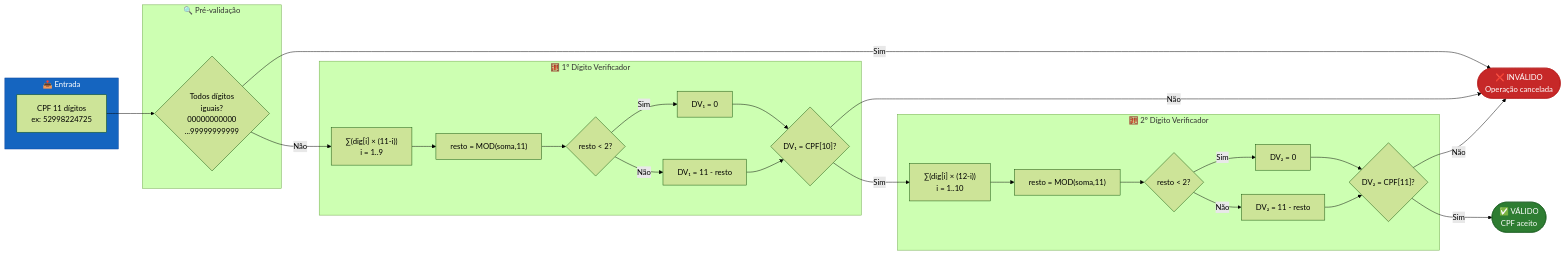
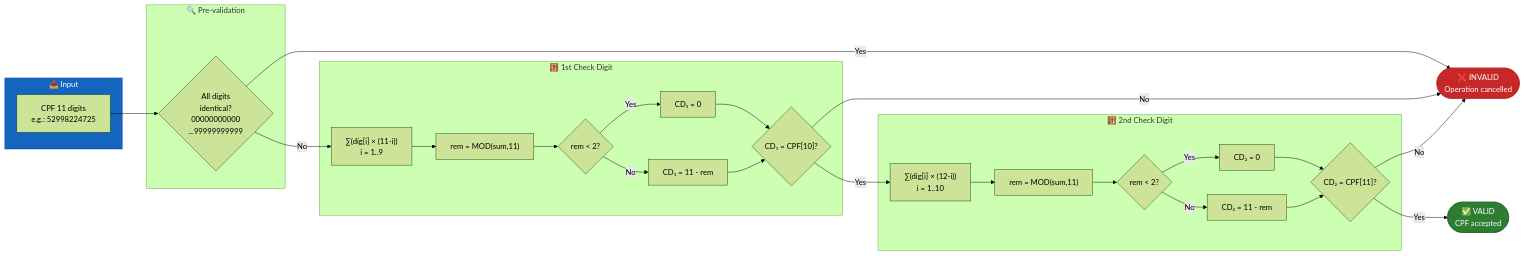
Before and after one commit to VictorHJesusSantiago/bank_system: the eighth of 11 diagrams in README.md, drawn with Mermaid (forest theme). The commit also changed other lines of this file and 2 other files, not shown here.

````diff
--- a/README.md
+++ b/README.md
@@ -1038,47 +1044,47 @@
 ```mermaid
 flowchart LR
-    subgraph IN["📥 Entrada"]
-        CPF["CPF 11 dígitos\nex: 52998224725"]
+    subgraph IN["📥 Input"]
+        CPF["CPF 11 digits\ne.g.: 52998224725"]
     end
 
-    subgraph V1["🔍 Pré-validação"]
-        SQ{"Todos dígitos\niguais?\n00000000000\n...99999999999"}
+    subgraph V1["🔍 Pre-validation"]
+        SQ{"All digits\nidentical?\n00000000000\n...99999999999"}
     end
 
-    subgraph V2["🧮 1º Dígito Verificador"]
+    subgraph V2["🧮 1st Check Digit"]
         D1["∑(dig[i] × (11-i))\ni = 1..9"]
-        R1["resto = MOD(soma,11)"]
-        C1{"resto < 2?"}
-        DV1A["DV₁ = 0"]
-        DV1B["DV₁ = 11 - resto"]
-        CK1{"DV₁ = CPF[10]?"}
+        R1["rem = MOD(sum,11)"]
+        C1{"rem < 2?"}
+        DV1A["CD₁ = 0"]
+        DV1B["CD₁ = 11 - rem"]
+        CK1{"CD₁ = CPF[10]?"}
     end
 
-    subgraph V3["🧮 2º Dígito Verificador"]
+    subgraph V3["🧮 2nd Check Digit"]
         D2["∑(dig[i] × (12-i))\ni = 1..10"]
-        R2["resto = MOD(soma,11)"]
-        C2{"resto < 2?"}
-        DV2A["DV₂ = 0"]
-        DV2B["DV₂ = 11 - resto"]
-        CK2{"DV₂ = CPF[11]?"}
+        R2["rem = MOD(sum,11)"]
+        C2{"rem < 2?"}
+        DV2A["CD₂ = 0"]
+        DV2B["CD₂ = 11 - rem"]
+        CK2{"CD₂ = CPF[11]?"}
     end
 
-    OK(["✅ VÁLIDO\nCPF aceito"])
-    NOK(["❌ INVÁLIDO\nOperação cancelada"])
+    OK(["✅ VALID\nCPF accepted"])
+    NOK(["❌ INVALID\nOperation cancelled"])
 
     CPF --> SQ
-    SQ -->|"Sim"| NOK
-    SQ -->|"Não"| D1 --> R1 --> C1
-    C1 -->|"Sim"| DV1A --> CK1
-    C1 -->|"Não"| DV1B --> CK1
-    CK1 -->|"Não"| NOK
-    CK1 -->|"Sim"| D2 --> R2 --> C2
-    C2 -->|"Sim"| DV2A --> CK2
-    C2 -->|"Não"| DV2B --> CK2
-    CK2 -->|"Não"| NOK
-    CK2 -->|"Sim"| OK
+    SQ -->|"Yes"| NOK
+    SQ -->|"No"| D1 --> R1 --> C1
+    C1 -->|"Yes"| DV1A --> CK1
+    C1 -->|"No"| DV1B --> CK1
+    CK1 -->|"No"| NOK
+    CK1 -->|"Yes"| D2 --> R2 --> C2
+    C2 -->|"Yes"| DV2A --> CK2
+    C2 -->|"No"| DV2B --> CK2
+    CK2 -->|"No"| NOK
+    CK2 -->|"Yes"| OK
 
     style OK fill:#2e7d32,color:#fff,stroke:#1b5e20
     style NOK fill:#c62828,color:#fff,stroke:#b71c1c
     style IN fill:#1565c0,color:#fff,stroke:#0d47a1
 ```
````
